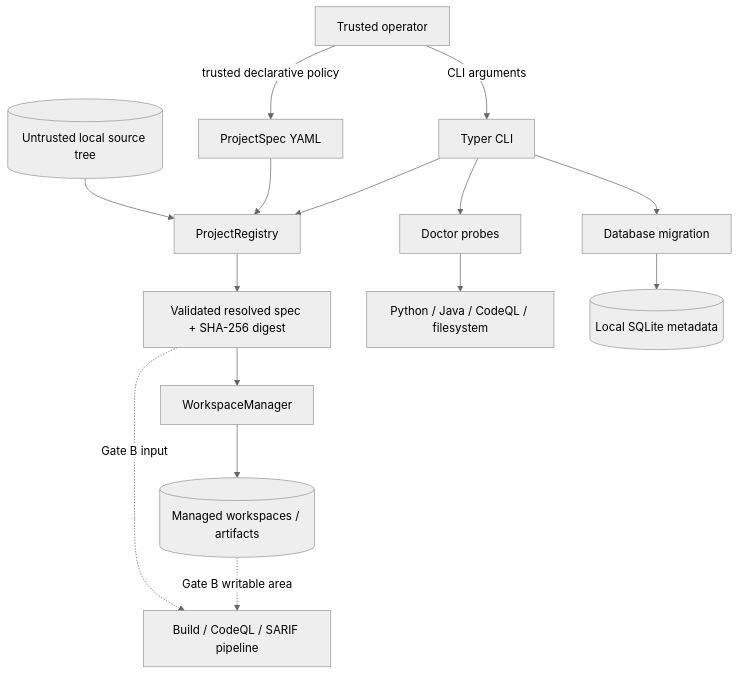
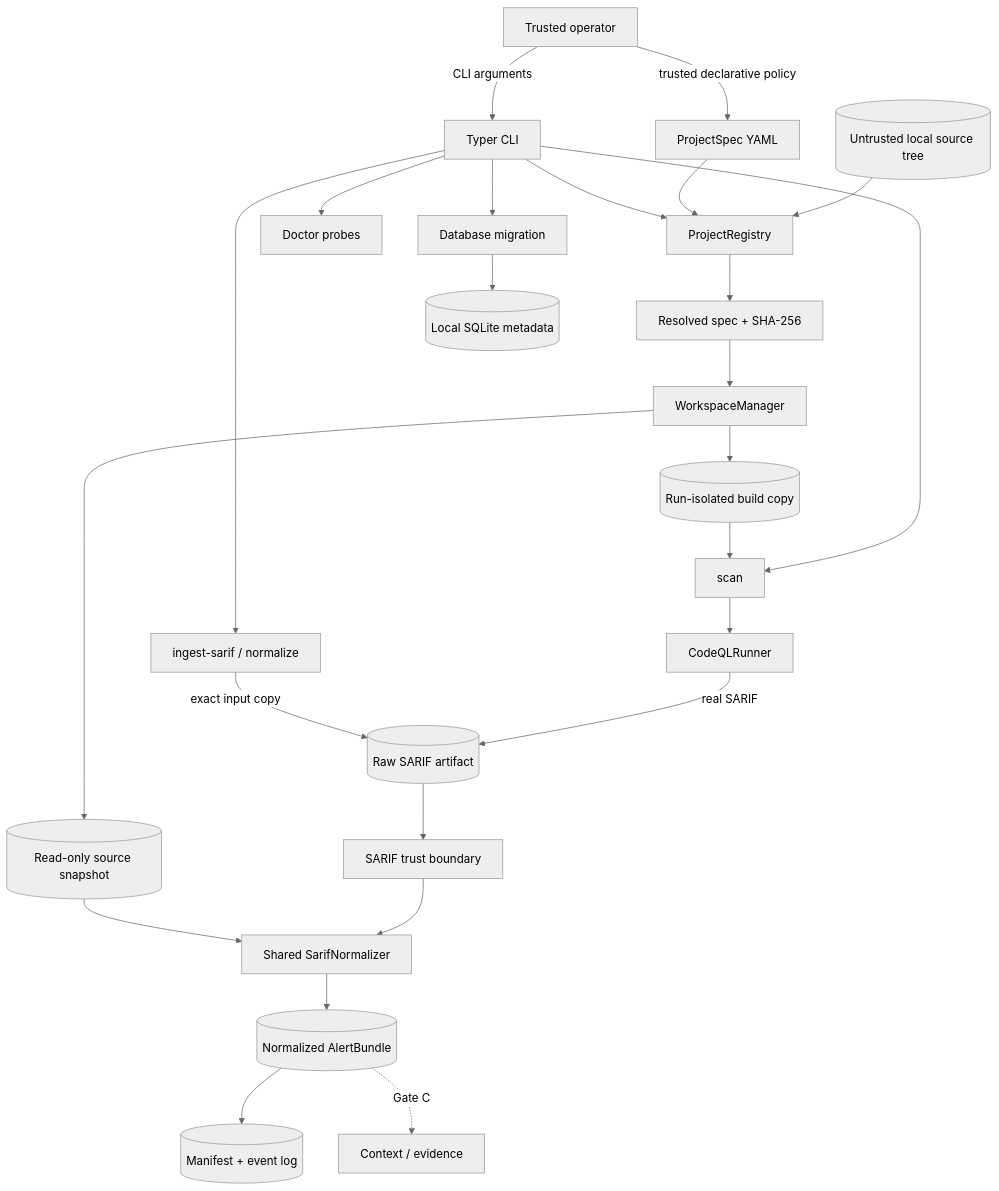
One commit to SeverusNg/EviTriage-QL changed the diagram in docs/architecture.md. Above: the diagram before and after it, drawn with Mermaid (neutral theme). The commit also changed other lines of this file and 60 other files, not shown here.

Commit message:
feat: implement Gate B CodeQL and SARIF input layer

````diff
--- a/docs/architecture.md
+++ b/docs/architecture.md
@@ -26,17 +34,29 @@
 ```mermaid
 flowchart TB
     O[Trusted operator] -->|CLI arguments| CLI[Typer CLI]
     O -->|trusted declarative policy| CFG[ProjectSpec YAML]
     SRC[(Untrusted local source tree)] --> REG[ProjectRegistry]
     CFG --> REG
     CLI --> REG
-    REG --> RES[Validated resolved spec + SHA-256 digest]
+    REG --> RES[Resolved spec + SHA-256]
     RES --> WM[WorkspaceManager]
-    WM --> WR[(Managed workspaces / artifacts)]
+    WM --> SNAP[(Read-only source snapshot)]
+    WM --> COPY[(Run-isolated build copy)]
+
+    CLI --> ING[ingest-sarif / normalize]
+    CLI --> SCAN[scan]
+    COPY --> SCAN
+    SCAN --> RUN[CodeQLRunner]
+    RUN -->|real SARIF| RAW[(Raw SARIF artifact)]
+    ING -->|exact input copy| RAW
+    RAW --> PARSE[SARIF trust boundary]
+    PARSE --> NORM[Shared SarifNormalizer]
+    SNAP --> NORM
+    NORM --> ALERT[(Normalized AlertBundle)]
+    ALERT --> AUDIT[(Manifest + event log)]
+    ALERT -. Gate C .-> NEXT[Context / evidence]
+
     CLI --> DOC[Doctor probes]
-    DOC --> EXT[Python / Java / CodeQL / filesystem]
     CLI --> DBM[Database migration]
     DBM --> DB[(Local SQLite metadata)]
-    RES -. Gate B input .-> NEXT[Build / CodeQL / SARIF pipeline]
-    WR -. Gate B writable area .-> NEXT
 ```
````
